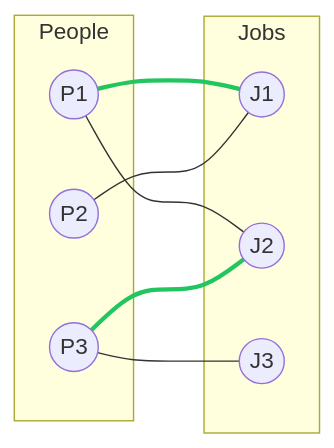
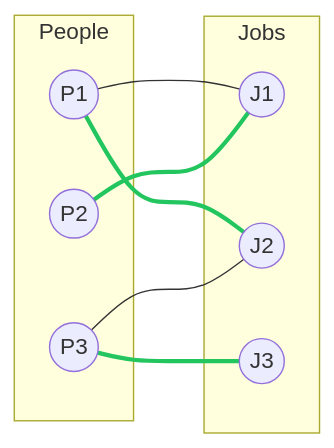
Before and after one commit to AndriiSonsiadlo/knowledge-base: the diagram in docs/computer-science/algorithms/graph-algorithms/bipartite-graphs-and-coloring.md, drawn with Mermaid.

Commit message:
fix: correct bipartite matching Mermaid diagram to match the page's own trace

````diff
--- a/docs/computer-science/algorithms/graph-algorithms/bipartite-graphs-and-coloring.md
+++ b/docs/computer-science/algorithms/graph-algorithms/bipartite-graphs-and-coloring.md
@@ -49,20 +49,19 @@
 ```mermaid
 graph LR
   subgraph People
     P1((P1))
     P2((P2))
     P3((P3))
   end
   subgraph Jobs
     J1((J1))
     J2((J2))
     J3((J3))
   end
-  P1 === J1
-  P1 --- J2
-  P2 --- J1
-  P3 === J2
-  P3 --- J3
-  linkStyle 0 stroke:#22c55e,stroke-width:3px
-  linkStyle 3 stroke:#22c55e,stroke-width:3px
+  P1 --- J1
+  P1 === J2
+  P2 === J1
+  P3 --- J2
+  P3 === J3
+  linkStyle 1,2,4 stroke:#22c55e,stroke-width:3px
 ```
````
